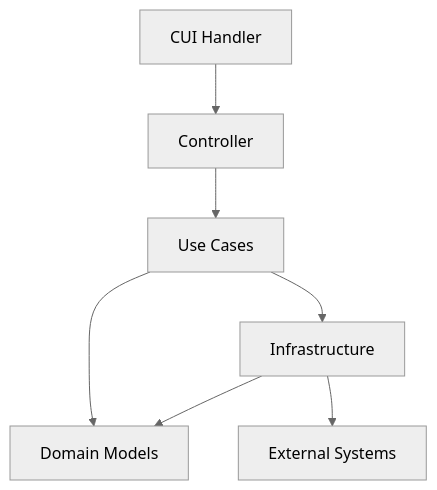
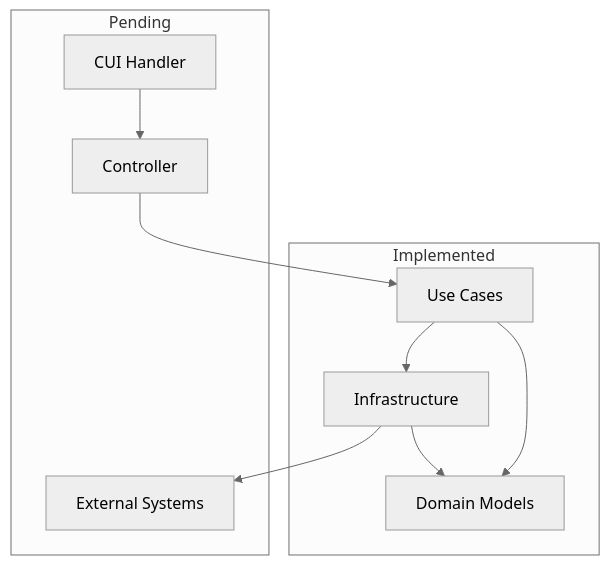
Before and after one commit to toriwasa/clline-python-sample: the diagram in memory-bank/systemPatterns.md, drawn with Mermaid (neutral theme). The commit also changed other lines of this file and 4 other files, not shown here.

````diff
--- a/memory-bank/systemPatterns.md
+++ b/memory-bank/systemPatterns.md
@@ -74,9 +74,21 @@
 ```mermaid
 flowchart TD
     CLI[CUI Handler] --> CTRL[Controller]
     CTRL --> UC[Use Cases]
     UC --> DM[Domain Models]
     UC --> INFRA[Infrastructure]
     INFRA --> DM
     INFRA --> EXT[External Systems]
+
+    subgraph Implemented
+        DM
+        UC
+        INFRA
+    end
+
+    subgraph Pending
+        CLI
+        CTRL
+        EXT
+    end
 ```
````
